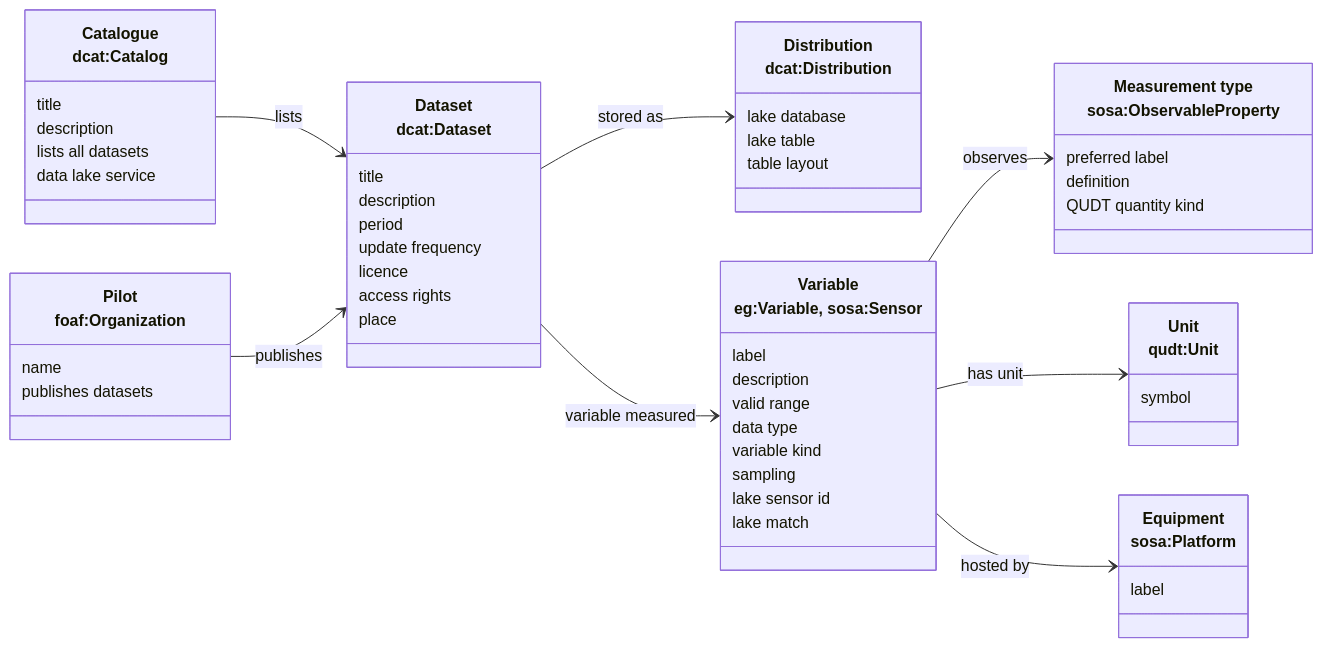
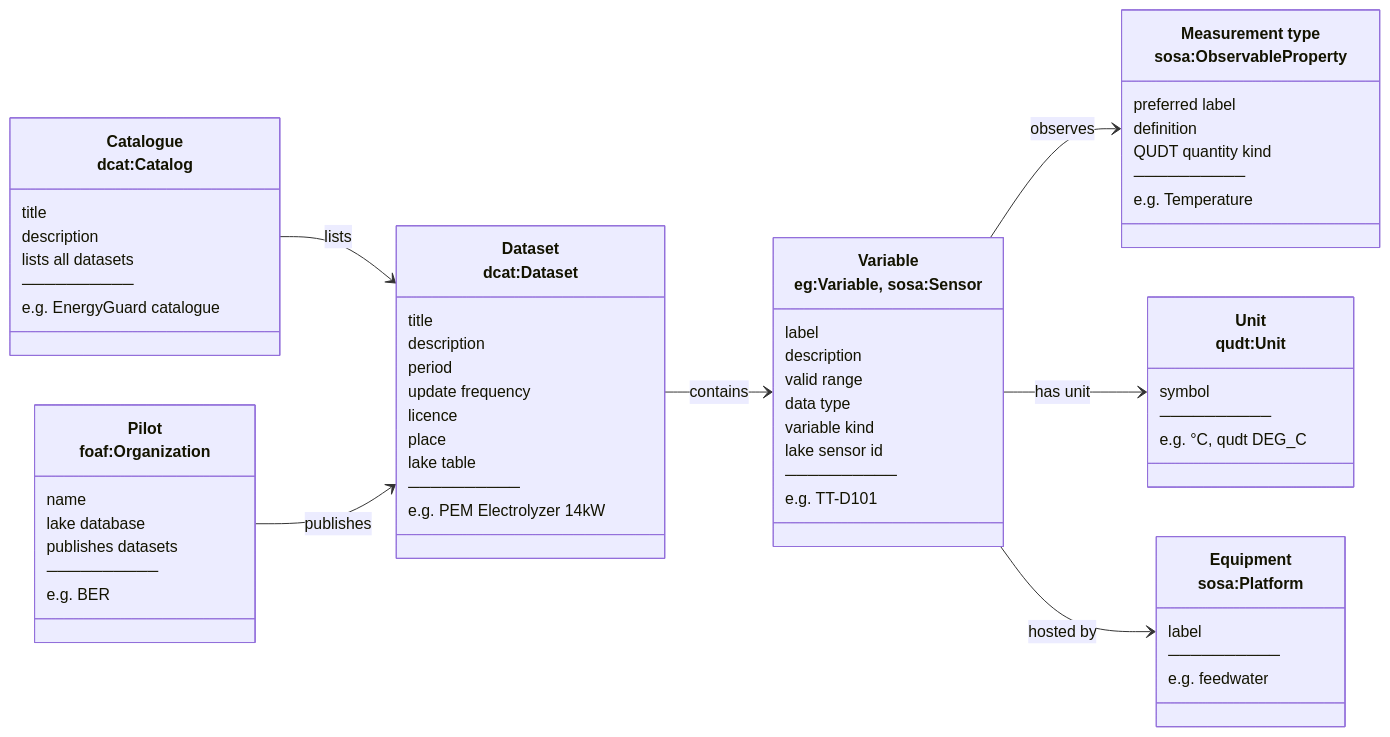
One commit to EnergyGuardProject/semantic-ontology changed the first of 3 diagrams in docs/ontology-guide.md. Above: the diagram before and after it, drawn with Mermaid. The commit also changed other lines of this file and 2 other files, not shown here.

````diff
--- a/docs/ontology-guide.md
+++ b/docs/ontology-guide.md
@@ -34,56 +48,62 @@
 ```mermaid
 classDiagram
     direction LR
     class Catalogue["<b>Catalogue</b><br/>dcat:Catalog"] {
         title
         description
         lists all datasets
-        data lake service
+        ──────────
+        e.g. EnergyGuard catalogue
     }
     class Pilot["<b>Pilot</b><br/>foaf:Organization"] {
         name
+        lake database
         publishes datasets
+        ──────────
+        e.g. BER
     }
     class Dataset["<b>Dataset</b><br/>dcat:Dataset"] {
         title
         description
         period
         update frequency
         licence
-        access rights
         place
-    }
-    class Distribution["<b>Distribution</b><br/>dcat:Distribution"] {
-        lake database
         lake table
-        table layout
+        ──────────
+        e.g. PEM Electrolyzer 14kW
     }
     class Variable["<b>Variable</b><br/>eg:Variable, sosa:Sensor"] {
         label
         description
         valid range
         data type
         variable kind
-        sampling
         lake sensor id
-        lake match
+        ──────────
+        e.g. TT-D101
     }
     class MeasurementType["<b>Measurement type</b><br/>sosa:ObservableProperty"] {
         preferred label
         definition
         QUDT quantity kind
+        ──────────
+        e.g. Temperature
     }
     class Unit["<b>Unit</b><br/>qudt:Unit"] {
         symbol
+        ──────────
+        e.g. °C, qudt DEG_C
     }
     class Equipment["<b>Equipment</b><br/>sosa:Platform"] {
         label
+        ──────────
+        e.g. feedwater
     }
     Catalogue --> Dataset : lists
     Pilot --> Dataset : publishes
-    Dataset --> Distribution : stored as
-    Dataset --> Variable : variable measured
+    Dataset --> Variable : contains
     Variable --> MeasurementType : observes
     Variable --> Unit : has unit
     Variable --> Equipment : hosted by
 ```
````
